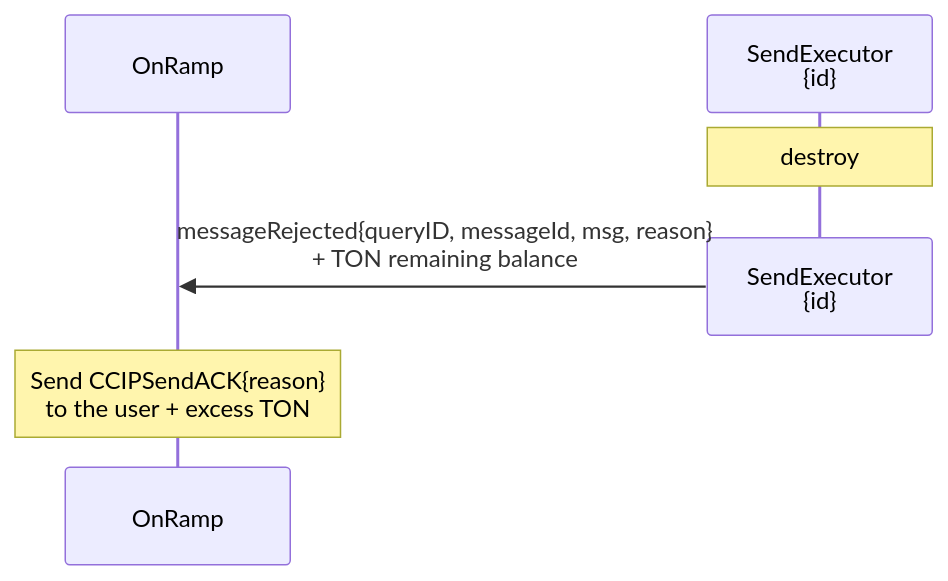
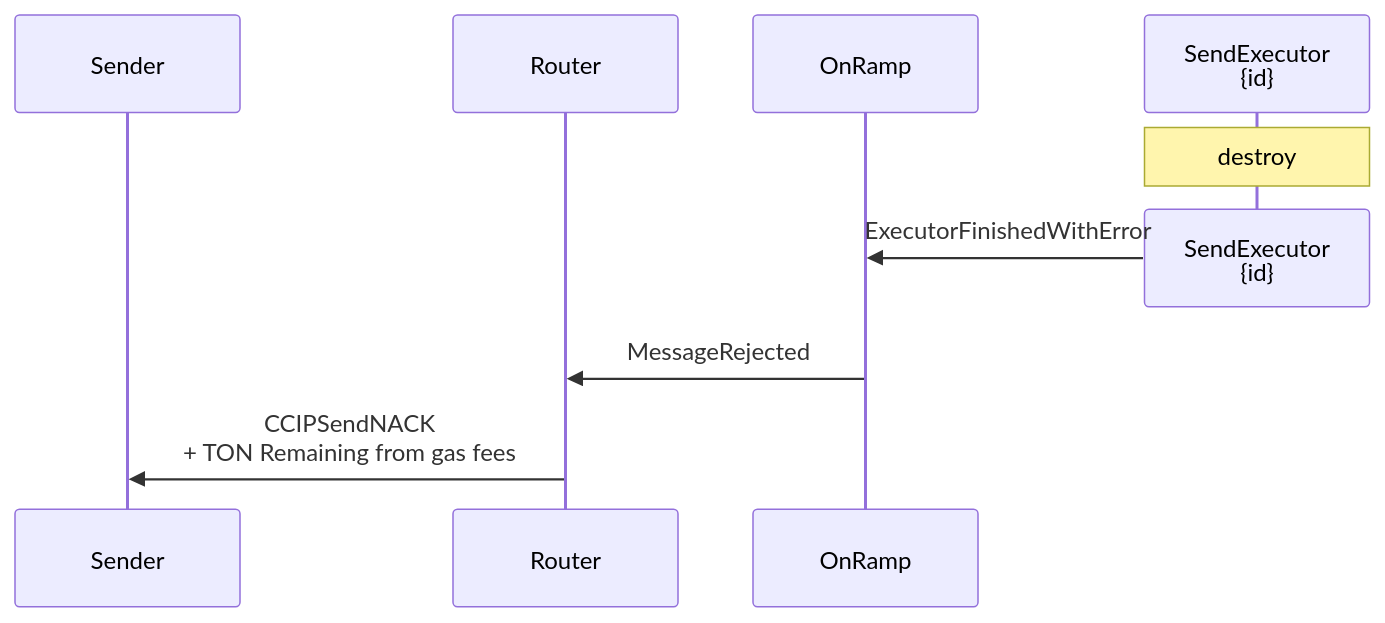
One commit to smartcontractkit/chainlink-ton changed the third of 3 diagrams in docs/contracts/ccip/onramp/arbitrary-msg.md. Above: the diagram before and after it, drawn with Mermaid. The commit also changed other lines of this file and 5 other files, not shown here.

Commit message:
feat: revisit flow diagrams

````diff
--- a/docs/contracts/ccip/onramp/arbitrary-msg.md
+++ b/docs/contracts/ccip/onramp/arbitrary-msg.md
@@ -56,9 +74,12 @@
 ```mermaid
 sequenceDiagram
+    participant TX as Sender
+    participant R as Router
     participant OR as OnRamp
     participant LRM as SendExecutor<br>{id}
     Note over LRM: destroy
     destroy LRM
-    LRM ->> OR: messageRejected{queryID, messageId, msg, reason}<br>+ TON remaining balance
-    Note over OR: Send CCIPSendACK{reason}<br>to the user + excess TON
+    LRM ->> OR: ExecutorFinishedWithError
+    OR ->> R: MessageRejected
+    R ->> TX: CCIPSendNACK<br/> + TON Remaining from gas fees
 ```
````
